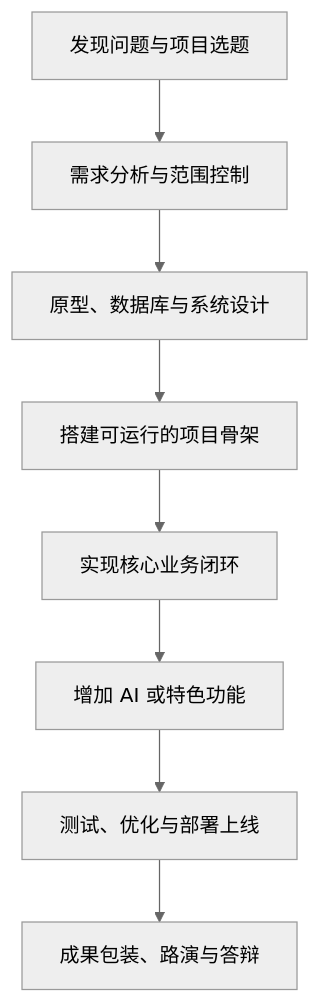
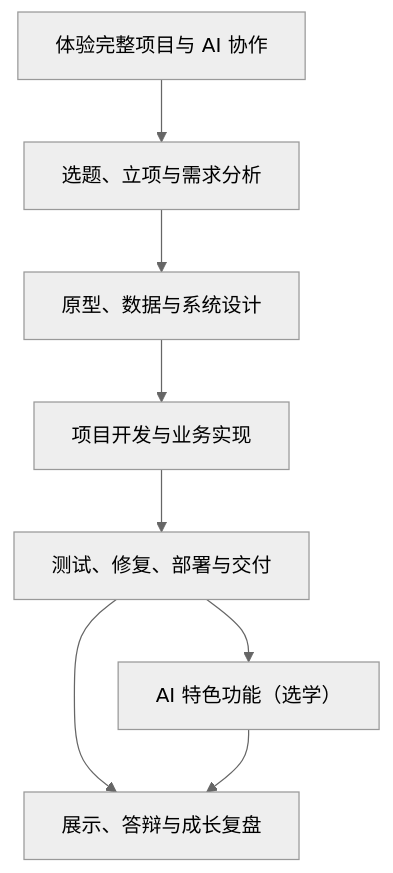
The diagram in docs/guide/index.md (dedeguo/software-project-training-docs), drawn with Mermaid (neutral theme) before and after one commit. The commit also changed other lines of this file and 11 other files, not shown here.

First line of the commit message:
docs(guide): 路线图并入 learning-method，删除 guide/roadmap.md

````diff
--- a/docs/guide/index.md
+++ b/docs/guide/index.md
@@ -7,10 +49,10 @@
-~~~mermaid
+```mermaid
 flowchart TD
-    A["发现问题与项目选题"] --> B["需求分析与范围控制"]
-    B --> C["原型、数据库与系统设计"]
-    C --> D["搭建可运行的项目骨架"]
-    D --> E["实现核心业务闭环"]
-    E --> F["增加 AI 或特色功能"]
-    F --> G["测试、优化与部署上线"]
-    G --> H["成果包装、路演与答辩"]
-~~~
+    A["体验完整项目与 AI 协作"] --> B["选题、立项与需求分析"]
+    B --> C["原型、数据与系统设计"]
+    C --> D["项目开发与业务实现"]
+    D --> E["测试、修复、部署与交付"]
+    E --> F["AI 特色功能（选学）"]
+    E --> G["展示、答辩与成长复盘"]
+    F --> G
+```
````
